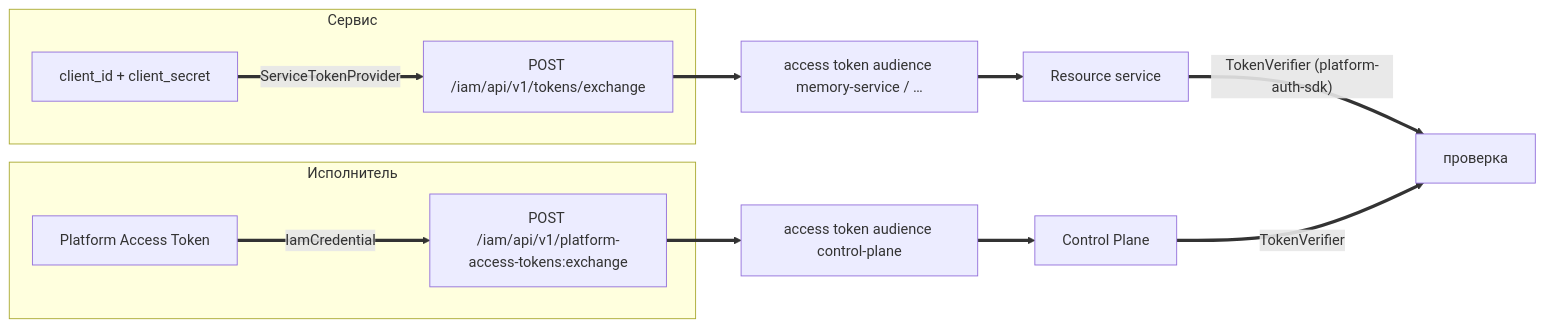
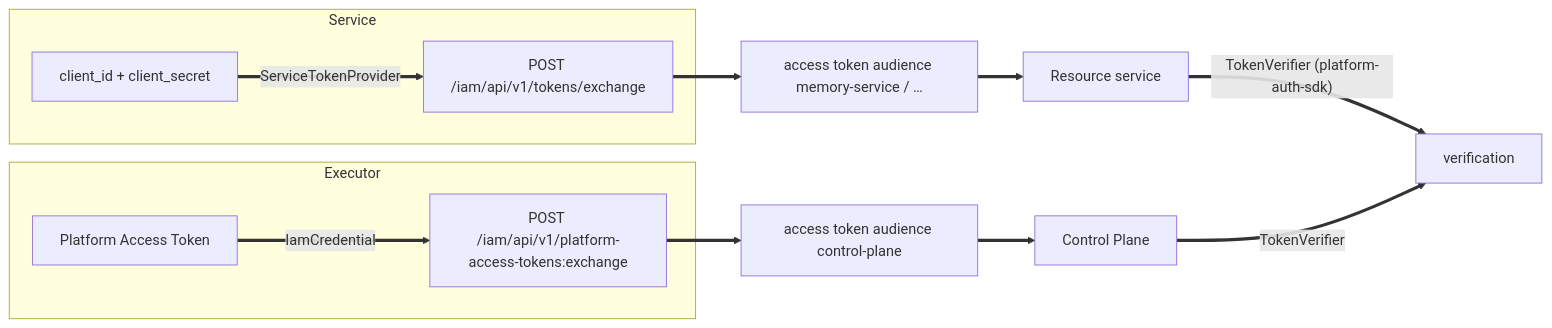
Before and after one commit to monthu56/taimen: the diagram in guide/docs/sdk/index.md, drawn with Mermaid. The commit also changed other lines of this file and 183 other files, not shown here.

````diff
--- a/guide/docs/sdk/index.md
+++ b/guide/docs/sdk/index.md
@@ -92,15 +92,15 @@
 ```mermaid
 flowchart LR
-    subgraph Исполнитель
+    subgraph Executor
       PAT[Platform Access Token] ==>|"IamCredential"| X1[POST /iam/api/v1/platform-access-tokens:exchange]
     end
-    subgraph Сервис
+    subgraph Service
       CC[client_id + client_secret] ==>|"ServiceTokenProvider"| X2[POST /iam/api/v1/tokens/exchange]
     end
     X1 ==> AT1[access token audience control-plane]
     X2 ==> AT2[access token audience memory-service / …]
     AT1 ==> CP[Control Plane]
     AT2 ==> RS[Resource service]
-    RS ==>|"TokenVerifier (platform-auth-sdk)"| V[проверка]
+    RS ==>|"TokenVerifier (platform-auth-sdk)"| V[verification]
     CP ==>|"TokenVerifier"| V
 ```
````
